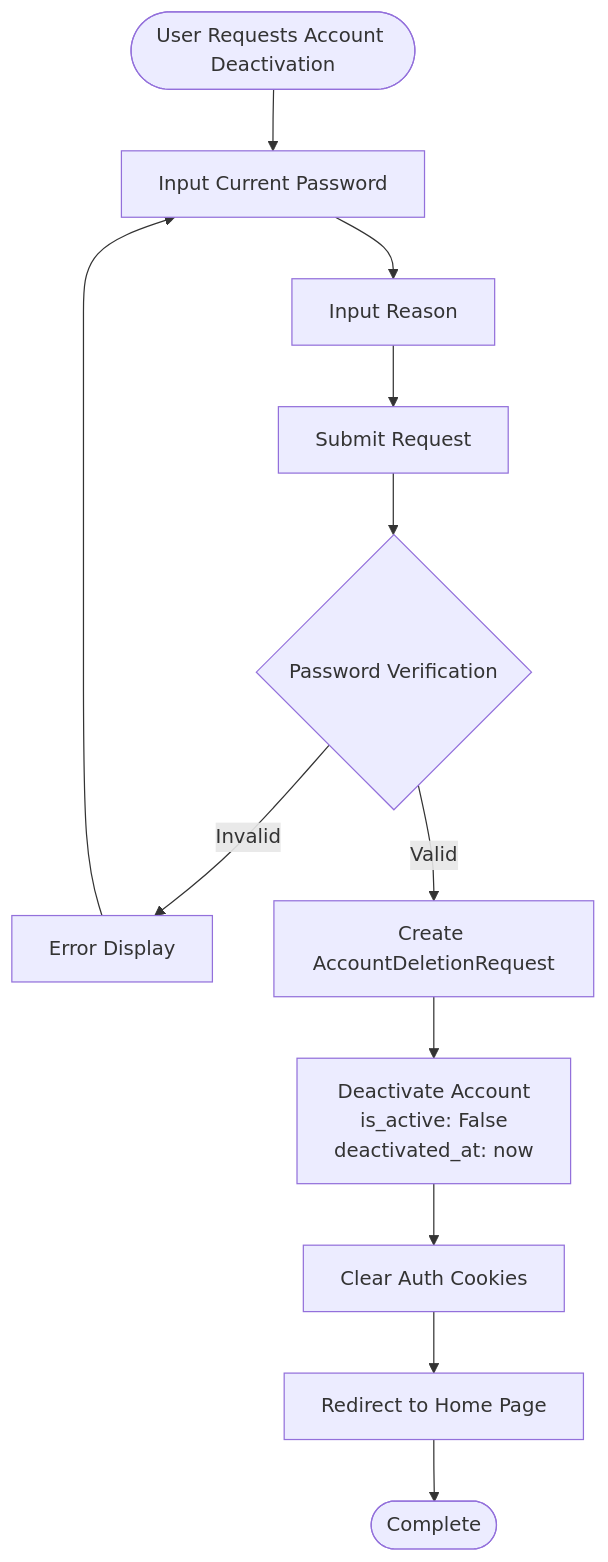
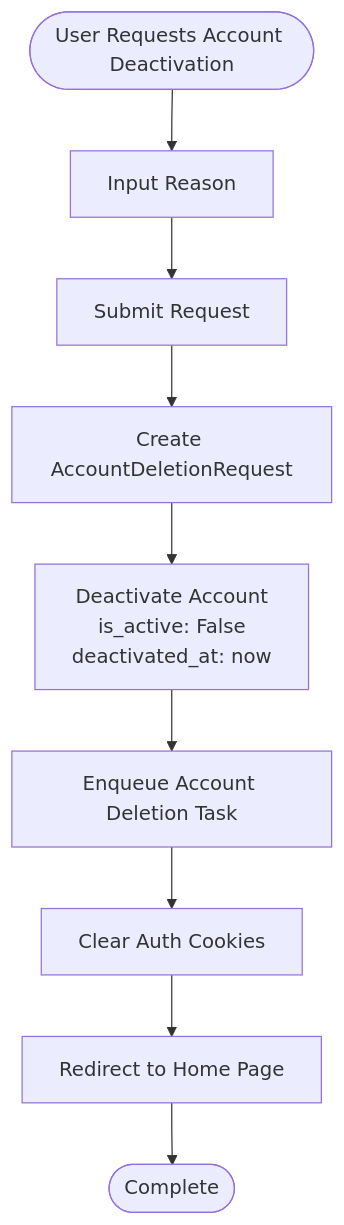
The sixth of 8 diagrams in docs/requirements/activity-diagram.md (yukiharada1228/videoq), drawn with Mermaid before and after one commit. The commit also changed other lines of this file and 9 other files, not shown here.

Commit message:
docs: sync diagrams with current implementation

````diff
--- a/docs/requirements/activity-diagram.md
+++ b/docs/requirements/activity-diagram.md
@@ -168,14 +168,11 @@
 ```mermaid
 flowchart TD
-    Start([User Requests Account Deactivation]) --> InputPassword[Input Current Password]
-    InputPassword --> InputReason[Input Reason]
+    Start([User Requests Account Deactivation]) --> InputReason[Input Reason]
     InputReason --> Submit[Submit Request]
-    Submit --> Validate{Password Verification}
-    Validate -->|Invalid| ShowError[Error Display]
-    ShowError --> InputPassword
-    Validate -->|Valid| CreateRequest[Create AccountDeletionRequest]
+    Submit --> CreateRequest[Create AccountDeletionRequest]
     CreateRequest --> Deactivate[Deactivate Account<br/>is_active: False<br/>deactivated_at: now]
-    Deactivate --> ClearSession[Clear Auth Cookies]
+    Deactivate --> EnqueueTask[Enqueue Account Deletion Task]
+    EnqueueTask --> ClearSession[Clear Auth Cookies]
     ClearSession --> Redirect[Redirect to Home Page]
     Redirect --> End([Complete])
 ```
````
